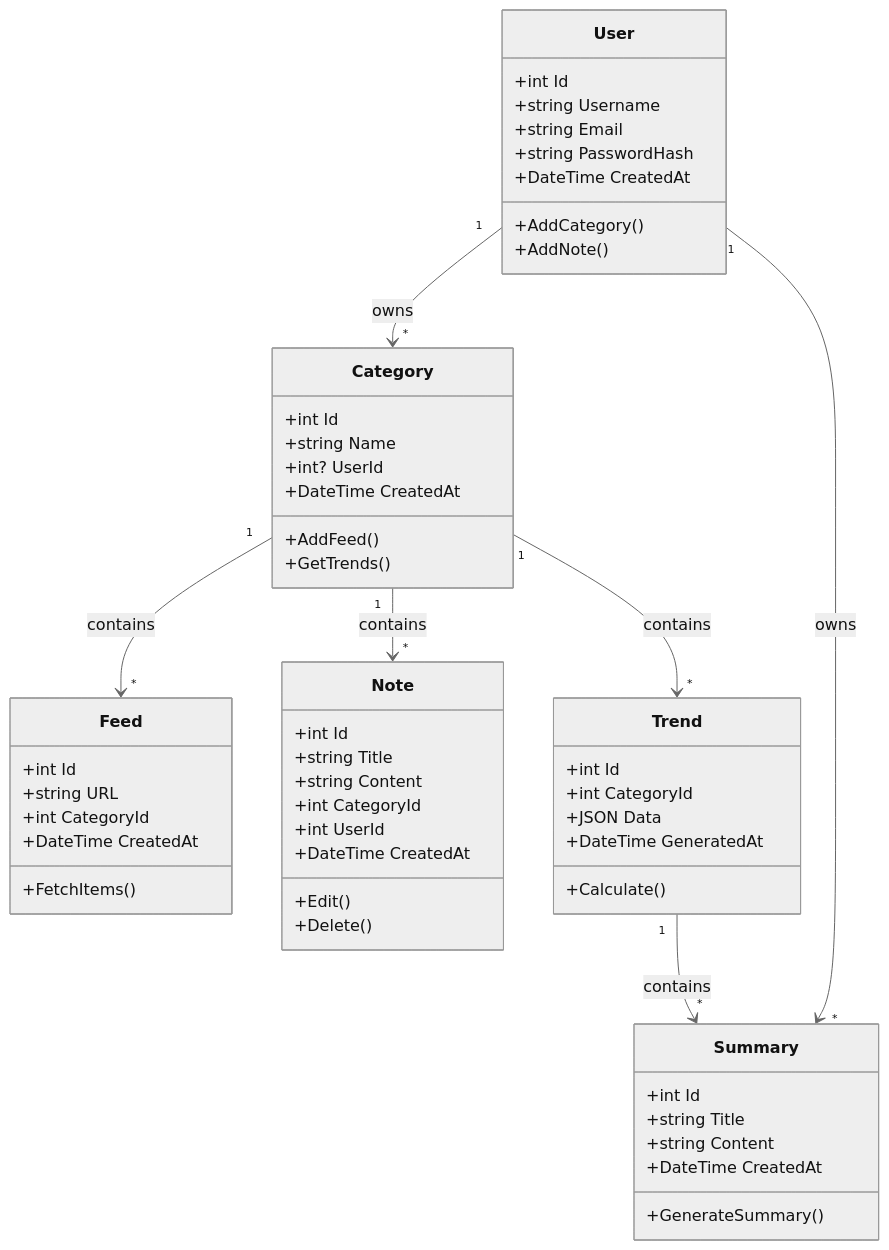
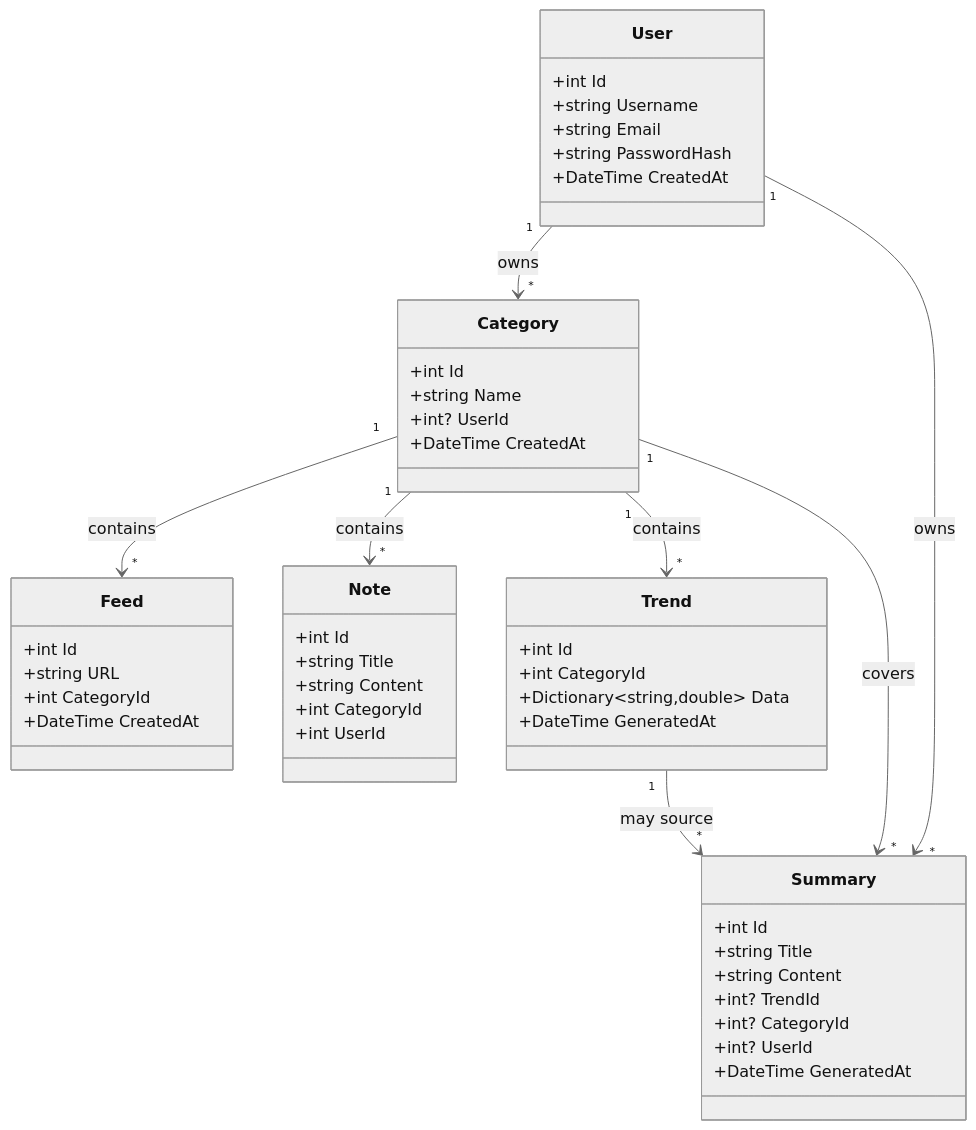
One commit to HexaNexus28/pulse-watch changed the diagram in readme.md. Above: the diagram before and after it, drawn with Mermaid (neutral theme). The commit also changed other lines of this file and 4 other files, not shown here.

First line of the commit message:
docs: aligne la documentation sur l'architecture reelle et ajoute un guide

````diff
--- a/readme.md
+++ b/readme.md
@@ -64,62 +81,57 @@
 ```mermaid
 classDiagram
     class User {
         +int Id
         +string Username
         +string Email
         +string PasswordHash
         +DateTime CreatedAt
-        +AddCategory()
-        +AddNote()
     }
 
     class Category {
         +int Id
         +string Name
         +int? UserId
         +DateTime CreatedAt
-        +AddFeed()
-        +GetTrends()
     }
 
     class Feed {
         +int Id
         +string URL
         +int CategoryId
         +DateTime CreatedAt
-        +FetchItems()
     }
 
     class Note {
         +int Id
         +string Title
         +string Content
         +int CategoryId
         +int UserId
-        +DateTime CreatedAt
-        +Edit()
-        +Delete()
     }
 
     class Trend {
         +int Id
         +int CategoryId
-        +JSON Data
+        +Dictionary~string,double~ Data
         +DateTime GeneratedAt
-        +Calculate()
     }
-class Summary  {
+
+    class Summary {
         +int Id
         +string Title
         +string Content
-        +DateTime CreatedAt
-        +GenerateSummary()
+        +int? TrendId
+        +int? CategoryId
+        +int? UserId
+        +DateTime GeneratedAt
     }
 
     User "1" --> "*" Category : owns
-    Trend  "1" --> "*" Summary : contains
     User "1" --> "*" Summary : owns
     Category "1" --> "*" Feed : contains
     Category "1" --> "*" Note : contains
     Category "1" --> "*" Trend : contains
+    Category "1" --> "*" Summary : covers
+    Trend "1" --> "*" Summary : may source
 ```
````
